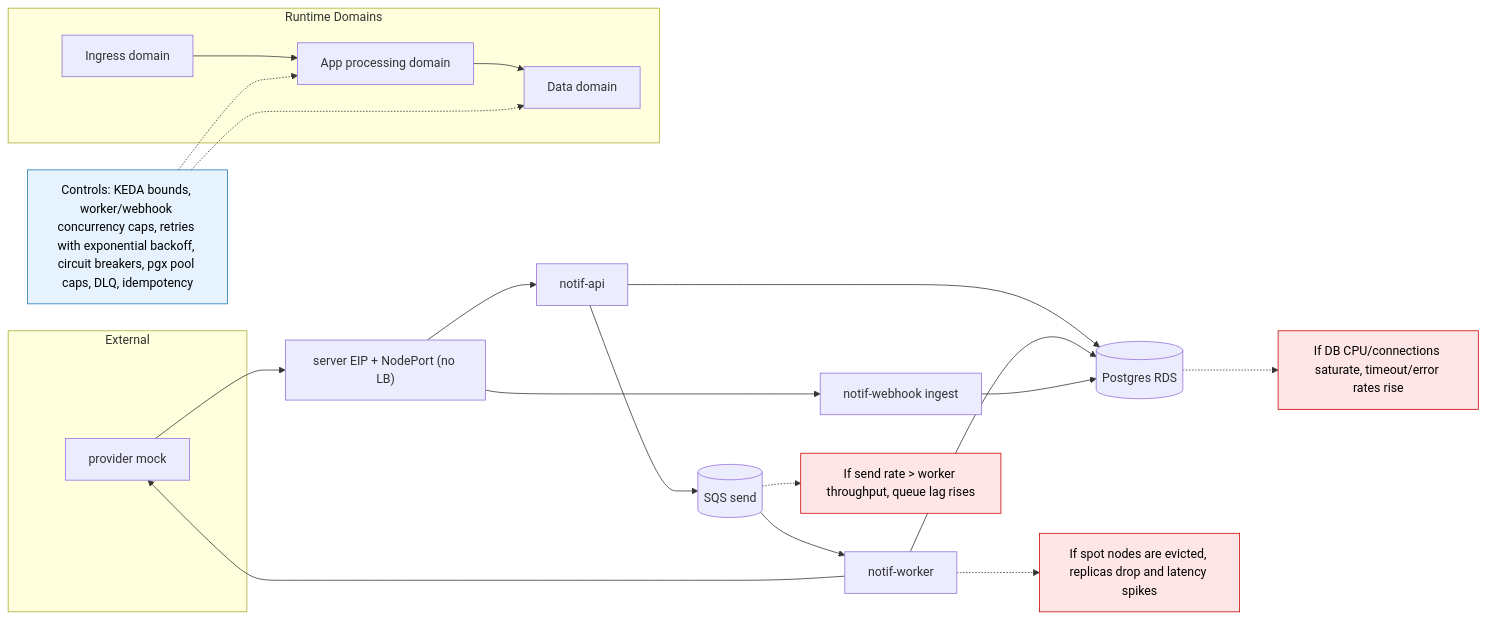
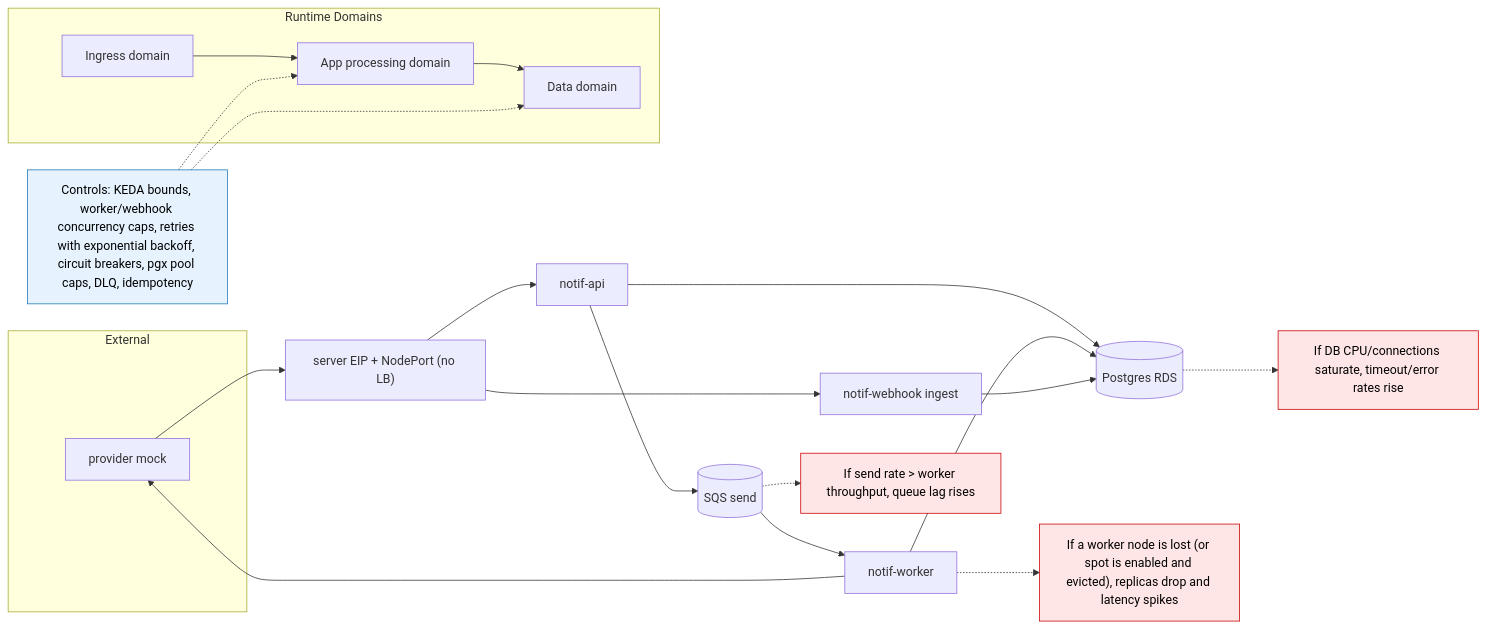
The diagram in docs/architecture/04-scaling-failure-domains.md (sagarsuperuser/notif-service), drawn with Mermaid before and after one commit. The commit also changed other lines of this file and 36 other files, not shown here.

````diff
--- a/docs/architecture/04-scaling-failure-domains.md
+++ b/docs/architecture/04-scaling-failure-domains.md
@@ -3,43 +3,43 @@
 ```mermaid
 flowchart LR
   subgraph ext[External]
     mock[provider mock]
   end
 
   subgraph domains[Runtime Domains]
     ingress[Ingress domain]
     app[App processing domain]
     data[Data domain]
   end
 
   ingress --> app --> data
 
   entry["server EIP + NodePort (no LB)"]
   api[notif-api]
   webhook[notif-webhook ingest]
   worker[notif-worker]
   qsend[(SQS send)]
   db[(Postgres RDS)]
 
   entry --> api
   entry --> webhook
   api --> qsend --> worker --> mock
   mock --> entry
   api --> db
   worker --> db
   webhook --> db
 
   classDef risk fill:#ffe6e6,stroke:#c00,color:#000;
   classDef ctrl fill:#e6f3ff,stroke:#1f78b4,color:#000;
 
   overload_worker["If send rate > worker throughput, queue lag rises"]:::risk
   overload_db["If DB CPU/connections saturate, timeout/error rates rise"]:::risk
-  spot_loss["If spot nodes are evicted, replicas drop and latency spikes"]:::risk
+  spot_loss["If a worker node is lost (or spot is enabled and evicted), replicas drop and latency spikes"]:::risk
   controls["Controls: KEDA bounds, worker/webhook concurrency caps, retries with exponential backoff, circuit breakers, pgx pool caps, DLQ, idempotency"]:::ctrl
 
   qsend -.-> overload_worker
   db -.-> overload_db
   worker -.-> spot_loss
   controls -.-> app
   controls -.-> data
 ```
````
